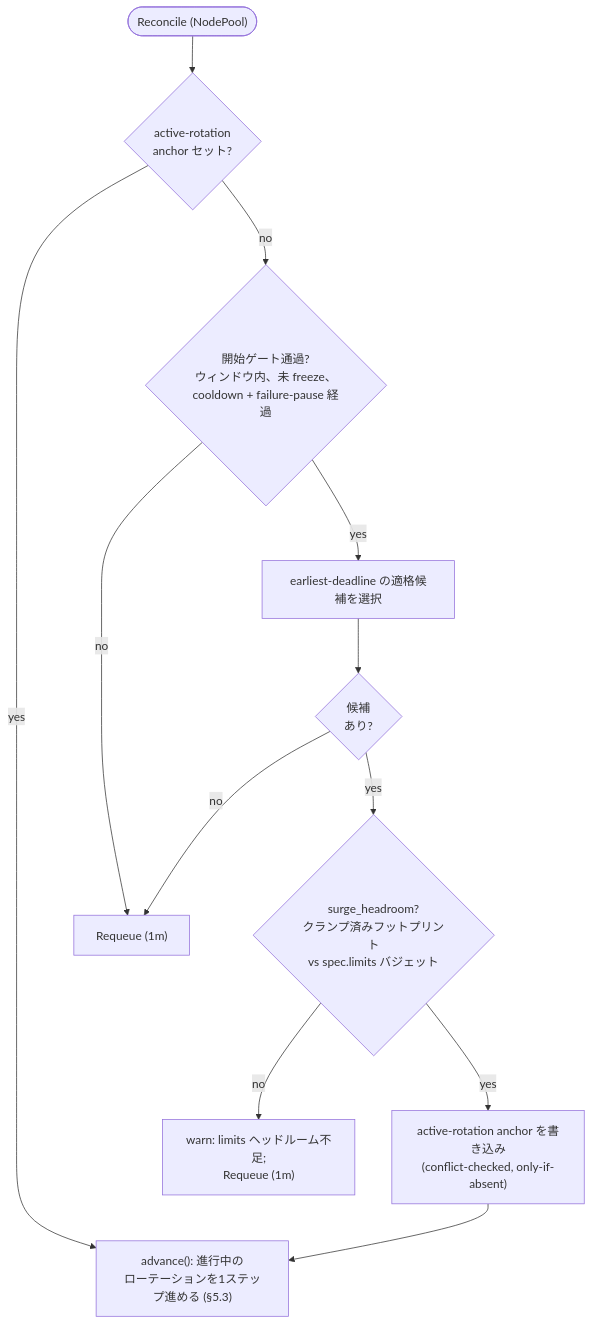
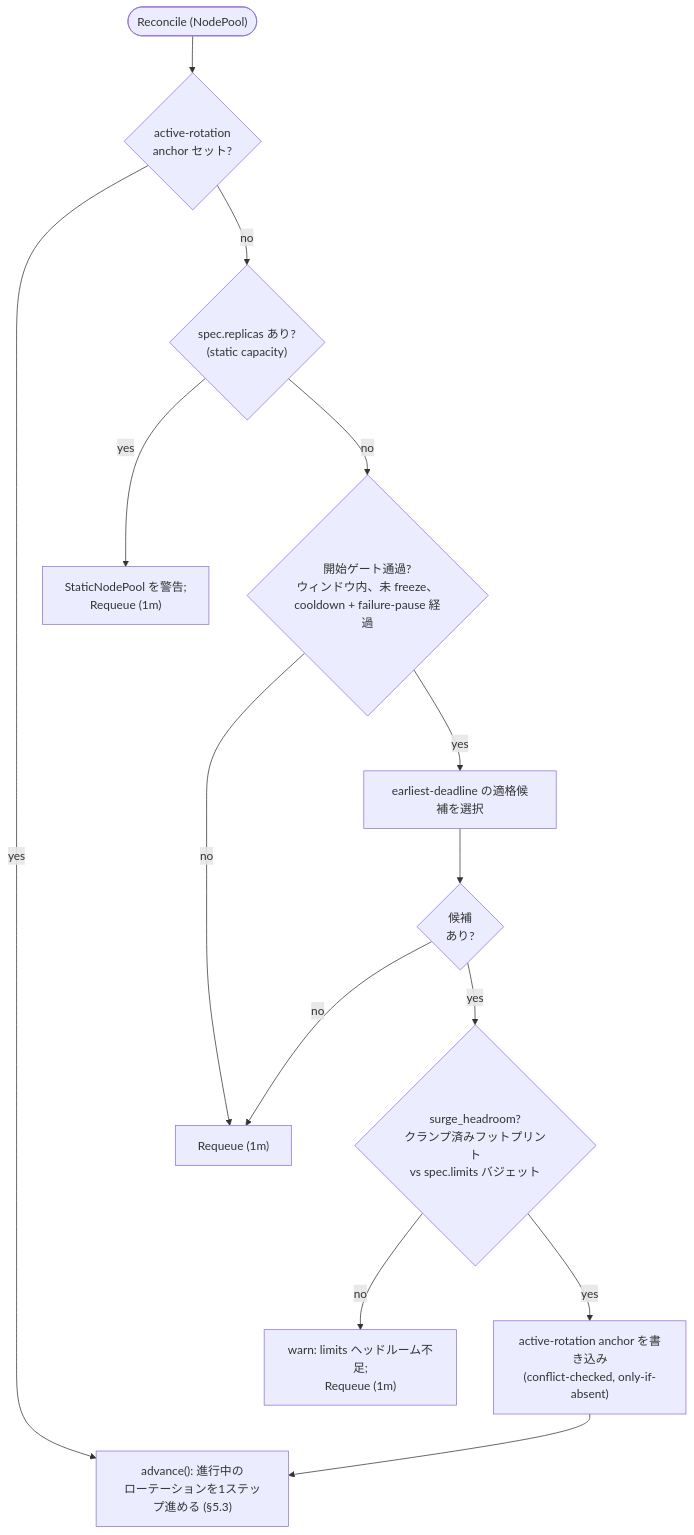
The second of 3 diagrams in docs/ja/specification/05-implementation.md (AkashiSN/node-rotation-controller), drawn with Mermaid before and after one commit. The commit also changed other lines of this file and 13 other files, not shown here.

First line of the commit message:
fix(controller): refuse to start a rotation on a static NodePool (#308)

````diff
--- a/docs/ja/specification/05-implementation.md
+++ b/docs/ja/specification/05-implementation.md
@@ -51,14 +51,16 @@
 ```mermaid
 flowchart TD
     entry(["Reconcile (NodePool)"]) --> q1{"active-rotation<br/>anchor セット?"}
     q1 -->|yes| adv["advance(): 進行中の<br/>ローテーションを1ステップ進める (§5.3)"]
-    q1 -->|no| q2{"開始ゲート通過?<br/>ウィンドウ内、未 freeze、<br/>cooldown + failure-pause 経過"}
+    q1 -->|no| q1b{"spec.replicas あり?<br/>(static capacity)"}
+    q1b -->|yes| stat["StaticNodePool を警告;<br/>Requeue (1m)"]
+    q1b -->|no| q2{"開始ゲート通過?<br/>ウィンドウ内、未 freeze、<br/>cooldown + failure-pause 経過"}
     q2 -->|no| rq["Requeue (1m)"]
     q2 -->|yes| pick["earliest-deadline の適格候補を選択"]
     pick --> q3{"候補<br/>あり?"}
     q3 -->|no| rq
     q3 -->|yes| q4{"surge_headroom?<br/>クランプ済みフットプリント<br/>vs spec.limits バジェット"}
     q4 -->|no| warn["warn: limits ヘッドルーム不足;<br/>Requeue (1m)"]
     q4 -->|yes| anchor["active-rotation anchor を書き込み<br/>(conflict-checked, only-if-absent)"]
     anchor --> adv
 ```
````
